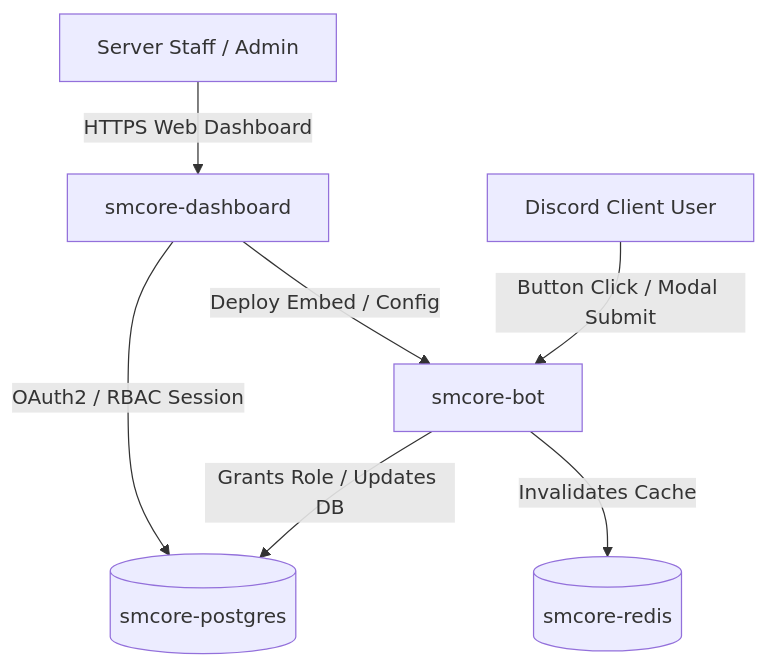
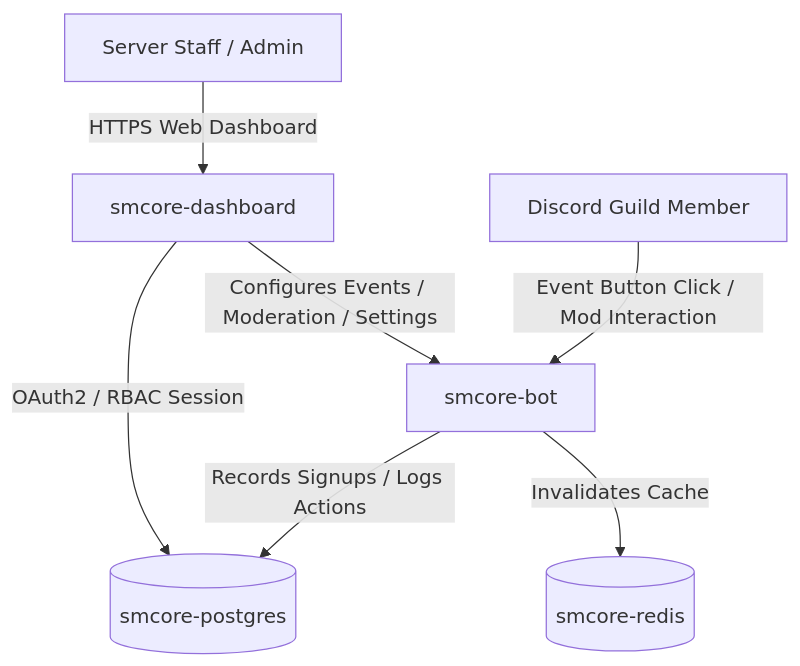
The diagram in ARCHITECTURE.md (SantoshM5050/SMcore), drawn with Mermaid before and after one commit. The commit also changed other lines of this file and 97 other files, not shown here.

Commit message:
feat: rebuild SMCore into production Discord Moderation and Server Management platform

````diff
--- a/ARCHITECTURE.md
+++ b/ARCHITECTURE.md
@@ -7,9 +7,9 @@
 ```mermaid
 graph TD
-    A[Discord Client User] -->|Button Click / Modal Submit| B[smcore-bot]
-    B -->|Grants Role / Updates DB| C[(smcore-postgres)]
+    A[Discord Guild Member] -->|Event Button Click / Mod Interaction| B[smcore-bot]
+    B -->|Records Signups / Logs Actions| C[(smcore-postgres)]
     B -->|Invalidates Cache| D[(smcore-redis)]
     E[Server Staff / Admin] -->|HTTPS Web Dashboard| F[smcore-dashboard]
     F -->|OAuth2 / RBAC Session| C
-    F -->|Deploy Embed / Config| B
+    F -->|Configures Events / Moderation / Settings| B
 ```
````
